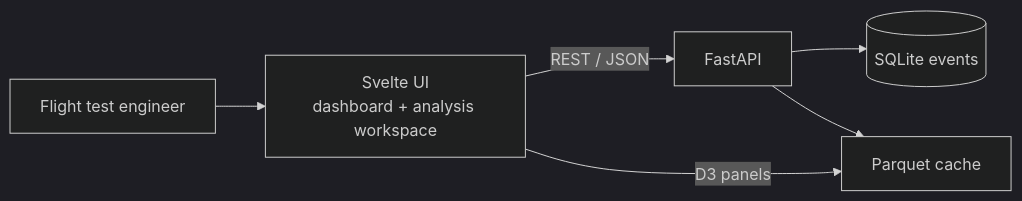
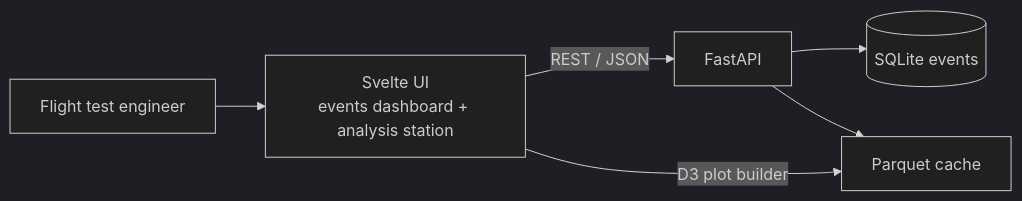
Before and after one commit to mowgli42/refactored-octo-spork: the first of 2 diagrams in README.md, drawn with Mermaid (dark theme). The commit also changed other lines of this file and 17 other files, not shown here.

First line of the commit message:
Verify analysis station updates: workflow validation, screenshots, README/spec/Gherkin/Beads closeout

````diff
--- a/README.md
+++ b/README.md
@@ -21,13 +40,13 @@
 ```mermaid
 flowchart LR
   Eng[Flight test engineer]
-  UI[Svelte UI<br/>dashboard + analysis workspace]
+  UI[Svelte UI<br/>events dashboard + analysis station]
   API[FastAPI]
   DB[(SQLite events)]
   PQ[Parquet cache]
   Eng --> UI
   UI -->|REST / JSON| API
   API --> DB
   API --> PQ
-  UI -->|D3 panels| PQ
+  UI -->|D3 plot builder| PQ
 ```
````
